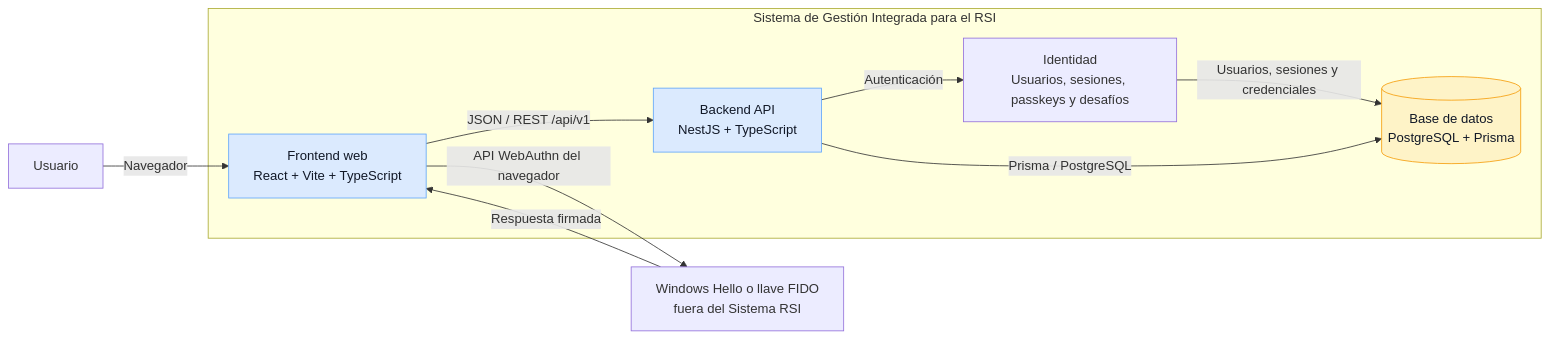
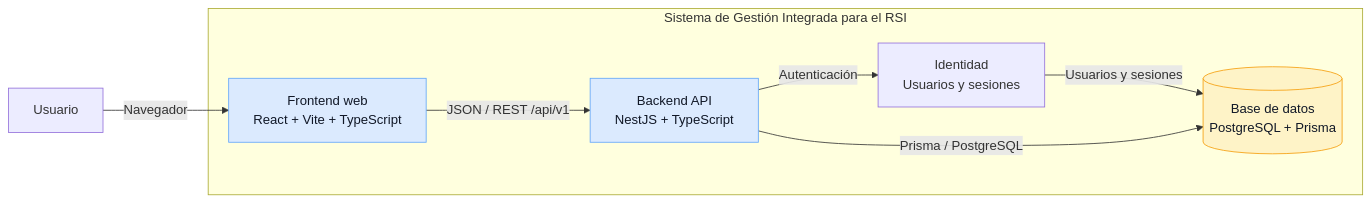
The second of 3 diagrams in docs/00-arquitectura.md (DieAndres/sistema-rsi), drawn with Mermaid before and after one commit. The commit also changed other lines of this file and 47 other files, not shown here.

````diff
--- a/docs/00-arquitectura.md
+++ b/docs/00-arquitectura.md
@@ -51,26 +51,23 @@
 ```mermaid
 flowchart LR
     Usuario[Usuario]
-    Autenticador[Windows Hello o llave FIDO<br/>fuera del Sistema RSI]
 
     subgraph Sistema[ Sistema de Gestión Integrada para el RSI ]
         Frontend[Frontend web<br/>React + Vite + TypeScript]
         Backend[Backend API<br/>NestJS + TypeScript]
-        Identidad[Identidad<br/>Usuarios, sesiones, passkeys y desafíos]
+        Identidad[Identidad<br/>Usuarios y sesiones]
         BD[(Base de datos<br/>PostgreSQL + Prisma)]
     end
 
     Usuario -->|Navegador| Frontend
-    Frontend -->|API WebAuthn del navegador| Autenticador
-    Autenticador -->|Respuesta firmada| Frontend
     Frontend -->|JSON / REST /api/v1| Backend
     Backend -->|Autenticación| Identidad
-    Identidad -->|Usuarios, sesiones y credenciales| BD
+    Identidad -->|Usuarios y sesiones| BD
     Backend -->|Prisma / PostgreSQL| BD
 
     classDef app fill:#dbeafe,color:#111827,stroke:#60a5fa
     classDef data fill:#fef3c7,color:#111827,stroke:#f59e0b
     class Frontend app
     class Backend app
     class BD data
 ```
````
